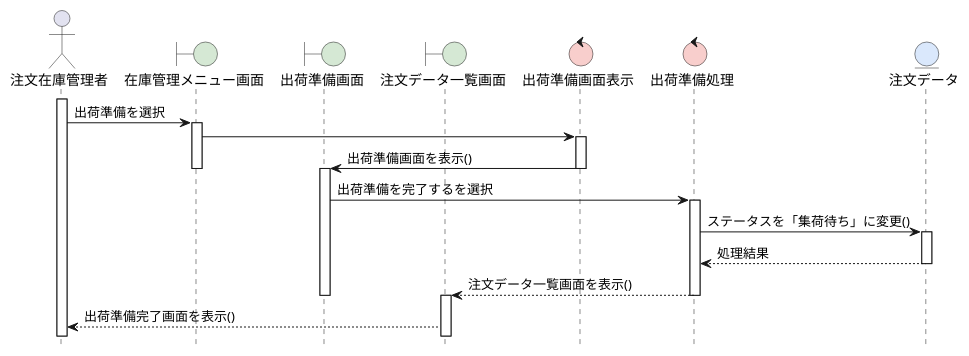
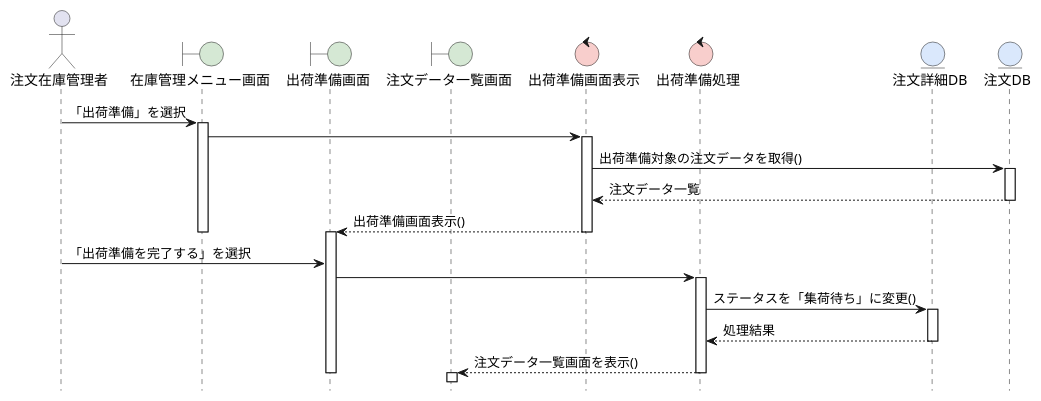
Before and after one commit to FujikawaHirono0520/group3_1_dogdog: the diagram in BB/sequence_sending.pu, drawn with PlantUML.

```diff
--- a/BB/sequence_sending.pu
+++ b/BB/sequence_sending.pu
@@ -1,45 +1,51 @@
 @startuml .
 
 hide footbox
 skinparam BoundaryBackgroundColor #D5E8D4
 skinparam ControlBackgroundColor #F8CECC
 skinparam EntityBackgroundColor #DAE8FC
 
-actor 注文在庫管理者 as Admin
+actor 注文在庫管理者 as User
 boundary 在庫管理メニュー画面 as Menu
 boundary 出荷準備画面 as Sending
 boundary 注文データ一覧画面 as List
 control 出荷準備画面表示 as Display
 control 出荷準備処理 as Process
 ' entity BB販売システム as System
-entity 注文データ as OrderDB
+entity 注文詳細DB as OrderDetailDB
+entity 注文DB as OrderDB
 
-activate Admin
-Admin -> Menu: 出荷準備を選択
+User -> Menu: 「出荷準備」を選択
 
 activate Menu
 Menu -> Display
 
 activate Display
-Display -> Sending: 出荷準備画面を表示()
+Display -> OrderDB: 出荷準備対象の注文データを取得()
+
+activate OrderDB
+OrderDB --> Display: 注文データ一覧
+deactivate OrderDB
+
+Display --> Sending: 出荷準備画面表示()
 deactivate Menu
 deactivate Display
 
 activate Sending
-Sending -> Process: 出荷準備を完了するを選択
+User -> Sending: 「出荷準備を完了する」を選択
+Sending -> Process: 
 
 activate Process
-Process -> OrderDB: ステータスを「集荷待ち」に変更()
+Process -> OrderDetailDB: ステータスを「集荷待ち」に変更()
 
-activate OrderDB
-OrderDB --> Process: 処理結果
-deactivate OrderDB
+activate OrderDetailDB
+OrderDetailDB --> Process: 処理結果
+deactivate OrderDetailDB
 
 Process --> List: 注文データ一覧画面を表示()
 deactivate Process
 
 activate List
 deactivate Sending
-List --> Admin: 出荷準備完了画面を表示()
 
 @enduml
```
